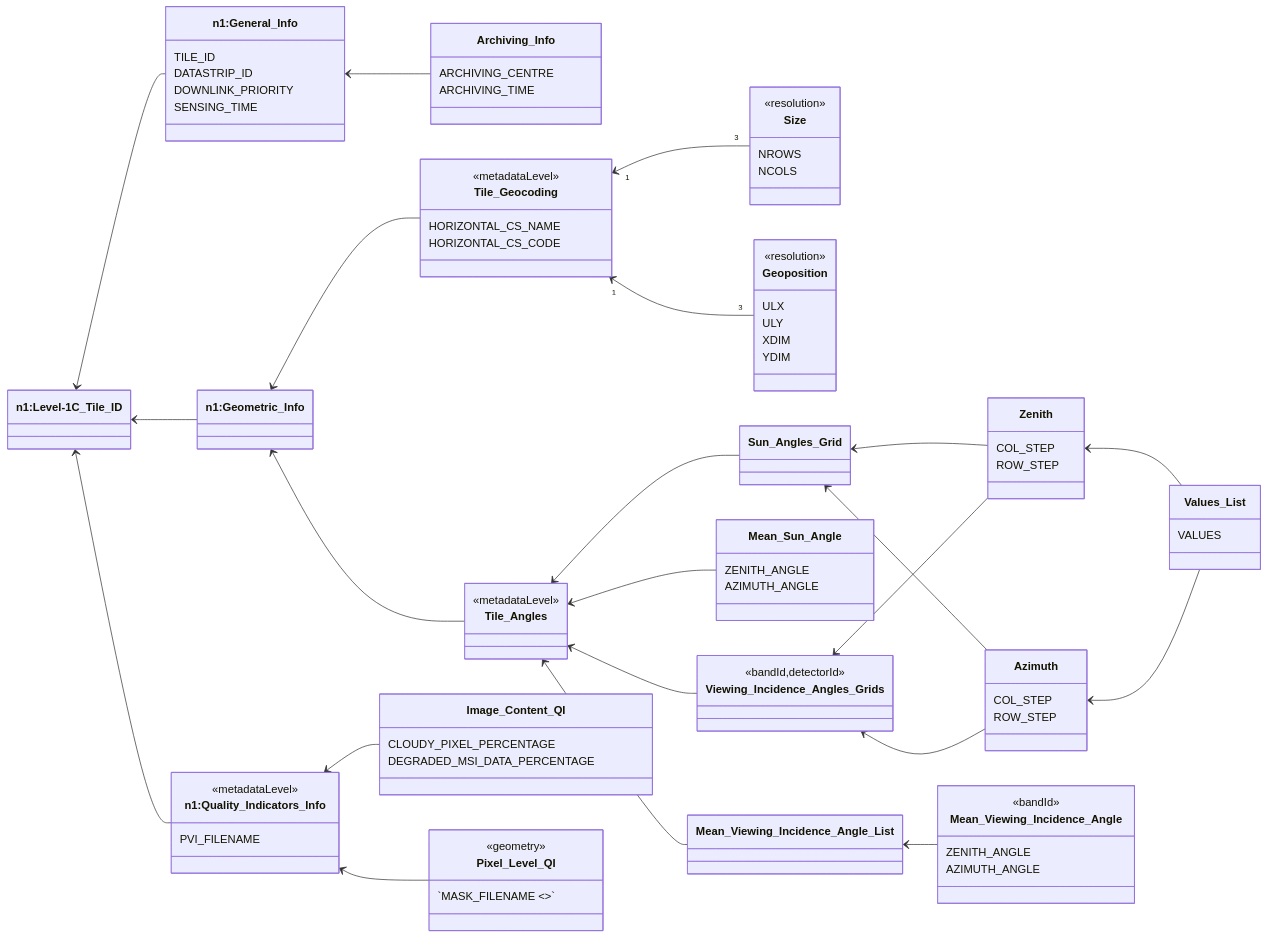
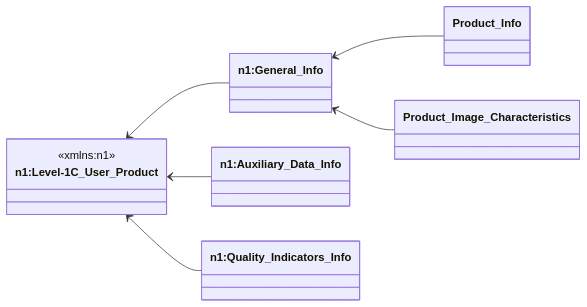
One commit to space-accountants/s2d2 changed the diagram in deepening/MTD_MSIL1C.md. Above: the diagram before and after it, drawn with Mermaid. The commit also changed 1 other file, not shown here.

Commit message:
more metadata schemes

````diff
--- a/deepening/MTD_MSIL1C.md
+++ b/deepening/MTD_MSIL1C.md
@@ -3,80 +3,17 @@
 ```mermaid
 classDiagram
   direction LR
-  `n1:Level-1C_Tile_ID` <-- `n1:General_Info`  
-  `n1:Level-1C_Tile_ID` <-- `n1:Geometric_Info`
-  `n1:Level-1C_Tile_ID` <-- `n1:Quality_Indicators_Info`    
-  `n1:General_Info` <-- `Archiving_Info`
-  `n1:Geometric_Info` <-- `Tile_Geocoding`
-  `n1:Geometric_Info` <-- `Tile_Angles` 
-  `Tile_Geocoding` "1" <-- "3" `Size`
-  `Tile_Geocoding` "1" <-- "3" `Geoposition`
-  `Tile_Angles` <-- `Sun_Angles_Grid`
-  `Sun_Angles_Grid` <-- `Zenith`  
-  `Sun_Angles_Grid` <-- `Azimuth`
-  `Zenith` <-- `Values_List`  
-  `Azimuth` <-- `Values_List`  
-  `Tile_Angles` <-- `Mean_Sun_Angle`  
-  `Tile_Angles` <-- `Viewing_Incidence_Angles_Grids`
-  `Viewing_Incidence_Angles_Grids` <-- `Zenith` 
-  `Viewing_Incidence_Angles_Grids` <-- `Azimuth` 
-  `Tile_Angles` <-- `Mean_Viewing_Incidence_Angle_List`
-  `Mean_Viewing_Incidence_Angle_List` <-- `Mean_Viewing_Incidence_Angle`
-  `n1:Quality_Indicators_Info` <-- `Image_Content_QI`
-  `n1:Quality_Indicators_Info` <-- `Pixel_Level_QI`
+  `n1:Level-1C_User_Product` <-- `n1:General_Info` 
+  `n1:Level-1C_User_Product` <-- `n1:Auxiliary_Data_Info`
+  `n1:Level-1C_User_Product` <-- `n1:Quality_Indicators_Info`
+  `n1:General_Info` <-- `Product_Info`
+  `n1:General_Info` <-- `Product_Image_Characteristics`
 
-  class `n1:Level-1C_Tile_ID`
-  class `n1:General_Info`{
-    TILE_ID
-    DATASTRIP_ID
-    DOWNLINK_PRIORITY
-    SENSING_TIME}
-  class `Archiving_Info`{
-    ARCHIVING_CENTRE
-    ARCHIVING_TIME}
-  class `n1:Geometric_Info`
-  class `Tile_Geocoding`{
-    <<metadataLevel>>
-    HORIZONTAL_CS_NAME 
-    HORIZONTAL_CS_CODE}
-  class `Size`{
-    <<resolution>>
-    NROWS  
-    NCOLS}
-  class `Geoposition`{
-    <<resolution>>
-    ULX  
-    ULY 
-    XDIM 
-    YDIM}
-  class `Tile_Angles`{
-    <<metadataLevel>>}
-  class `Sun_Angles_Grid`
-  class `Zenith`{
-    COL_STEP
-    ROW_STEP}
-  class `Values_List`{
-    VALUES}
-  class `Azimuth`{
-    COL_STEP
-    ROW_STEP}
-  class `Mean_Sun_Angle`{
-    ZENITH_ANGLE
-    AZIMUTH_ANGLE}
-  class `Viewing_Incidence_Angles_Grids`{
-    <<bandId,detectorId>>}
-  class Mean_Viewing_Incidence_Angle_List
-  class `Mean_Viewing_Incidence_Angle`{
-    <<bandId>>
-    ZENITH_ANGLE
-    AZIMUTH_ANGLE}
-  class `n1:Quality_Indicators_Info`{
-    <<metadataLevel>>
-    PVI_FILENAME}
-  class `Image_Content_QI`{
-    CLOUDY_PIXEL_PERCENTAGE
-    DEGRADED_MSI_DATA_PERCENTAGE}
-  class `Pixel_Level_QI`{
-    <<geometry>>
-    `MASK_FILENAME <<bandId,type>>`}
+  class `Product_Info`
+  class `Product_Image_Characteristics`
+  class `n1:General_Info`
+  class `n1:Auxiliary_Data_Info`
+  class `n1:Quality_Indicators_Info`
+  class `n1:Level-1C_User_Product`{
+    <<xmlns:n1>>}
 ```
````
